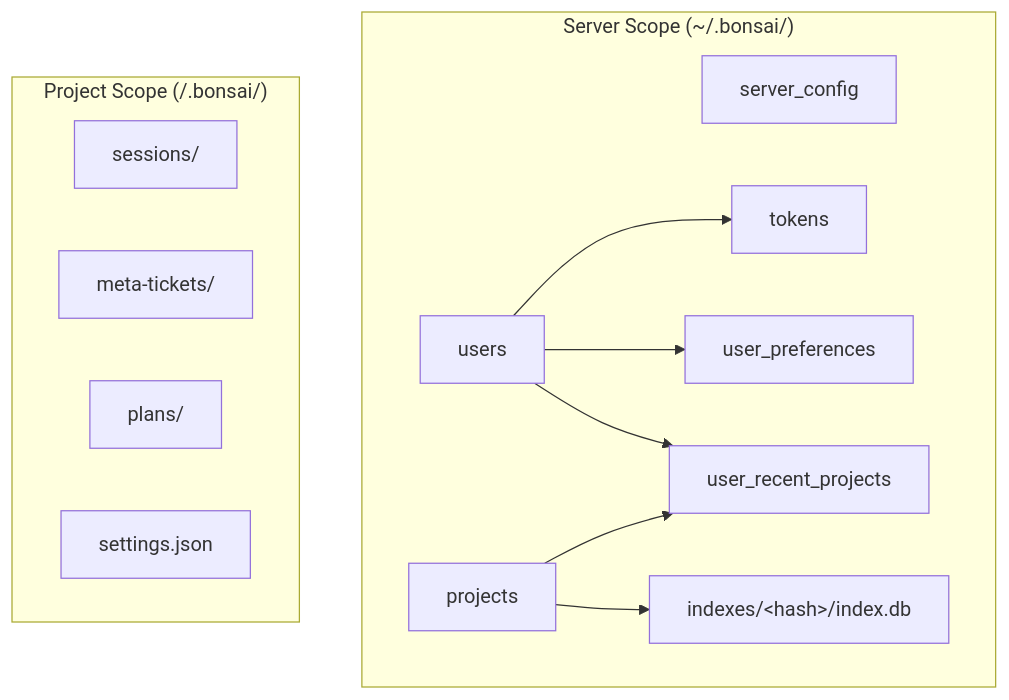
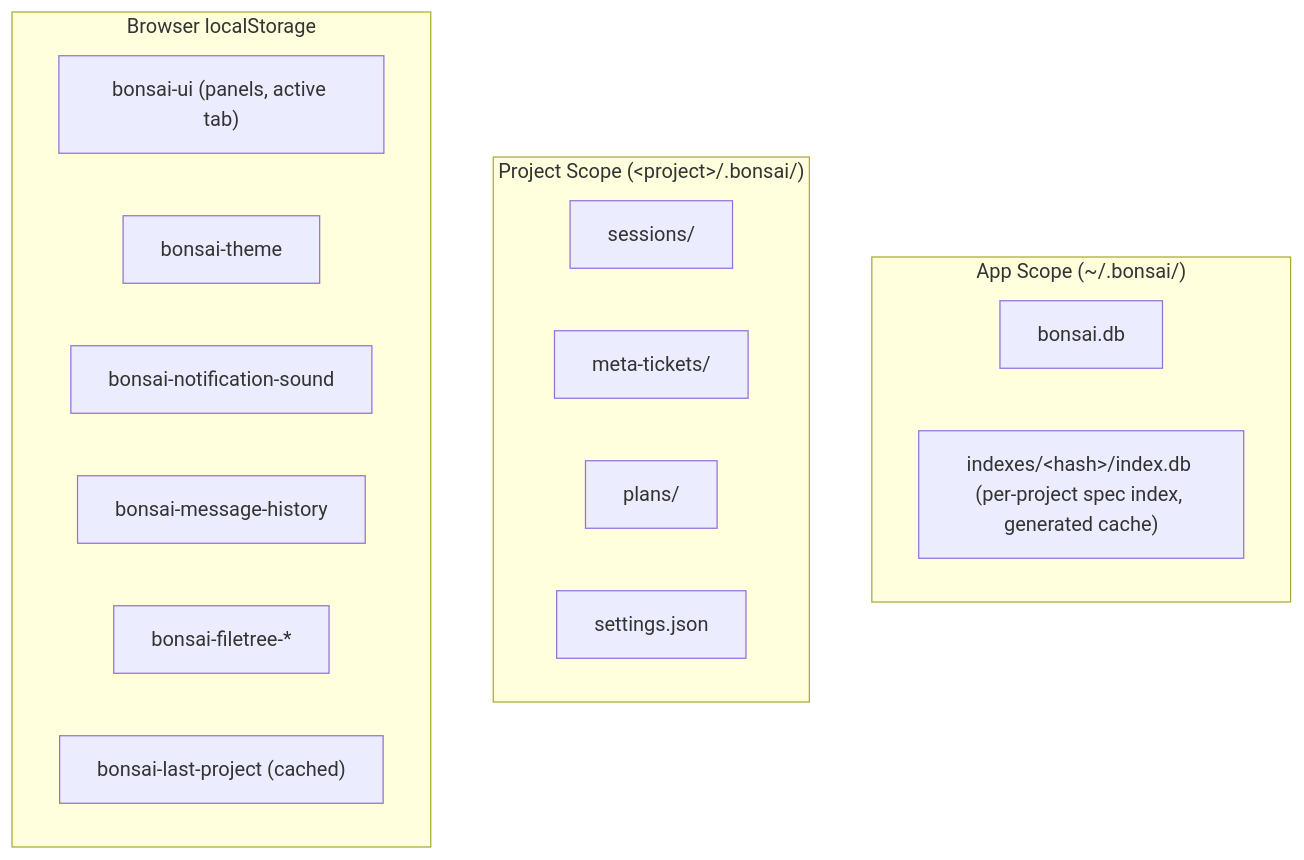
One commit to JetBrains/thinkrail changed the diagram in .bonsai/design_docs/STORAGE_ARCHITECTURE.md. Above: the diagram before and after it, drawn with Mermaid. The commit also changed other lines of this file and 116 other files, not shown here.

````diff
--- a/.bonsai/design_docs/STORAGE_ARCHITECTURE.md
+++ b/.bonsai/design_docs/STORAGE_ARCHITECTURE.md
@@ -60,25 +64,23 @@
 ```mermaid
 graph TD
-    subgraph Server["Server Scope (~/.bonsai/)"]
-        SC["server_config"]
-        U["users"]
-        T["tokens"]
-        P["projects"]
-        UP["user_preferences"]
-        URP["user_recent_projects"]
-        IDX["indexes/&lt;hash&gt;/index.db"]
+    subgraph App["App Scope (~/.bonsai/)"]
+        DB["bonsai.db"]
+        IDX["indexes/&lt;hash&gt;/index.db (per-project spec index, generated cache)"]
     end
 
-    subgraph Project["Project Scope (<project>/.bonsai/)"]
+    subgraph Project["Project Scope (&lt;project&gt;/.bonsai/)"]
         S["sessions/"]
         MT["meta-tickets/"]
         PL["plans/"]
         ST["settings.json"]
     end
 
-    U --> T
-    U --> UP
-    U --> URP
-    P --> URP
-    P --> IDX
+    subgraph Browser["Browser localStorage"]
+        UI["bonsai-ui (panels, active tab)"]
+        TH["bonsai-theme"]
+        SO["bonsai-notification-sound"]
+        MH["bonsai-message-history"]
+        FT["bonsai-filetree-*"]
+        LP["bonsai-last-project (cached)"]
+    end
 ```
````
